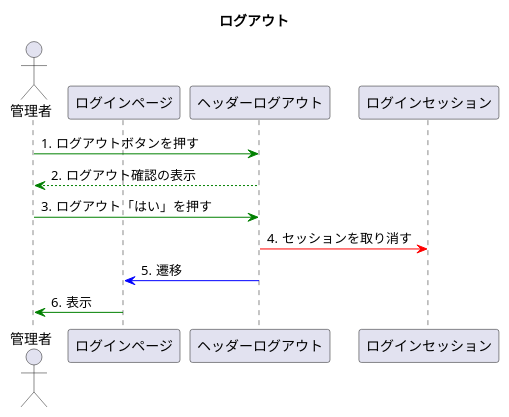
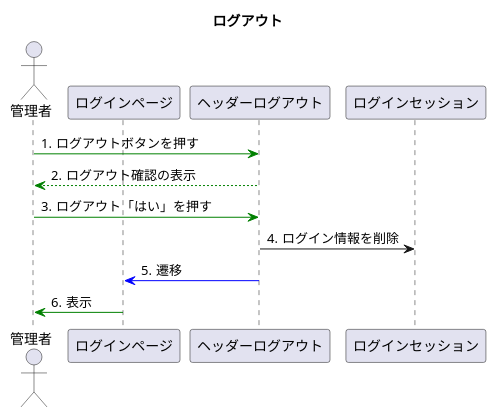
One commit to toufu66/ProjectC changed the diagram in uml/seq_logout.pu. Above: the diagram before and after it, drawn with PlantUML.

Commit message:
ログアウトシーケンス追記

```diff
--- a/uml/seq_logout.pu
+++ b/uml/seq_logout.pu
@@ -1,18 +1,18 @@
 @startuml
 
 title ログアウト
 
 autonumber "#."
 
 actor 管理者
 participant ログインページ
 participant ヘッダーログアウト
 participant ログインセッション
 
 管理者 -[#green]> ヘッダーログアウト:ログアウトボタンを押す
 ヘッダーログアウト --[#green]> 管理者:ログアウト確認の表示
 管理者 -[#green]> ヘッダーログアウト:ログアウト「はい」を押す
-ヘッダーログアウト-[#red]> ログインセッション:セッションを取り消す
+ヘッダーログアウト-> ログインセッション:ログイン情報を削除
 ヘッダーログアウト-[#blue]> ログインページ:遷移
 ログインページ -[#green]> 管理者:表示
 @enduml
```
